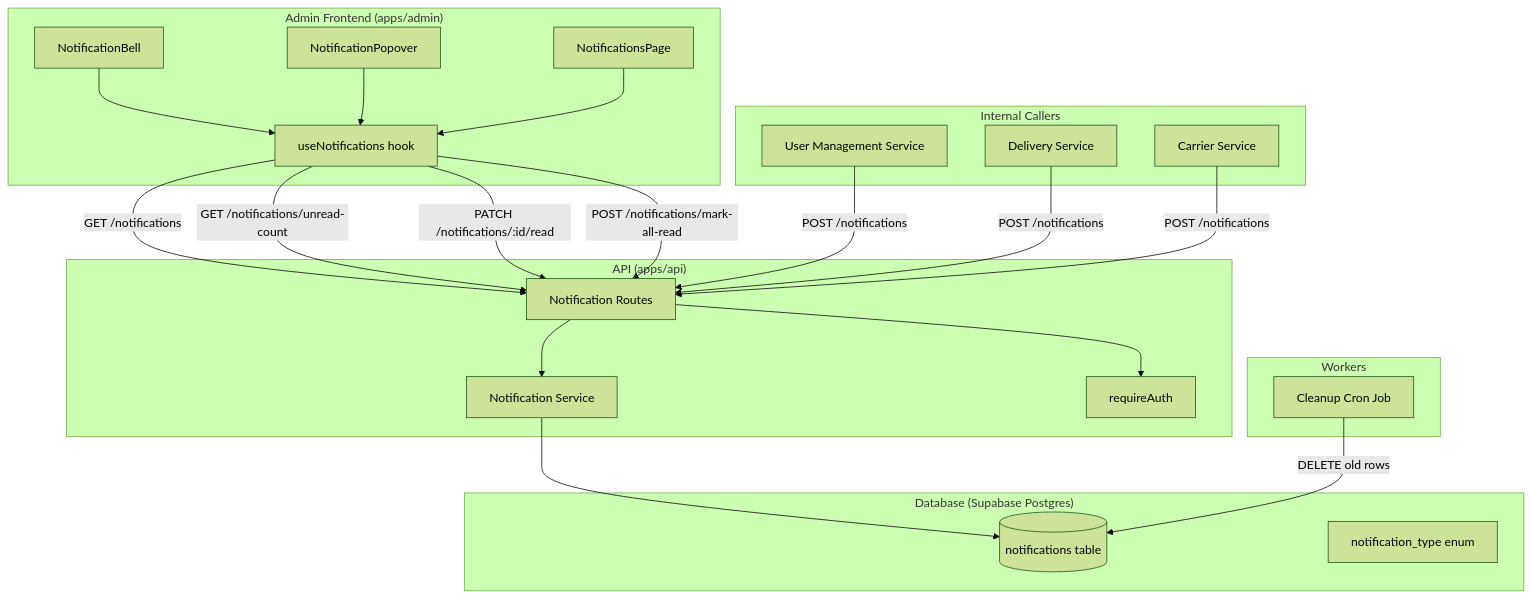
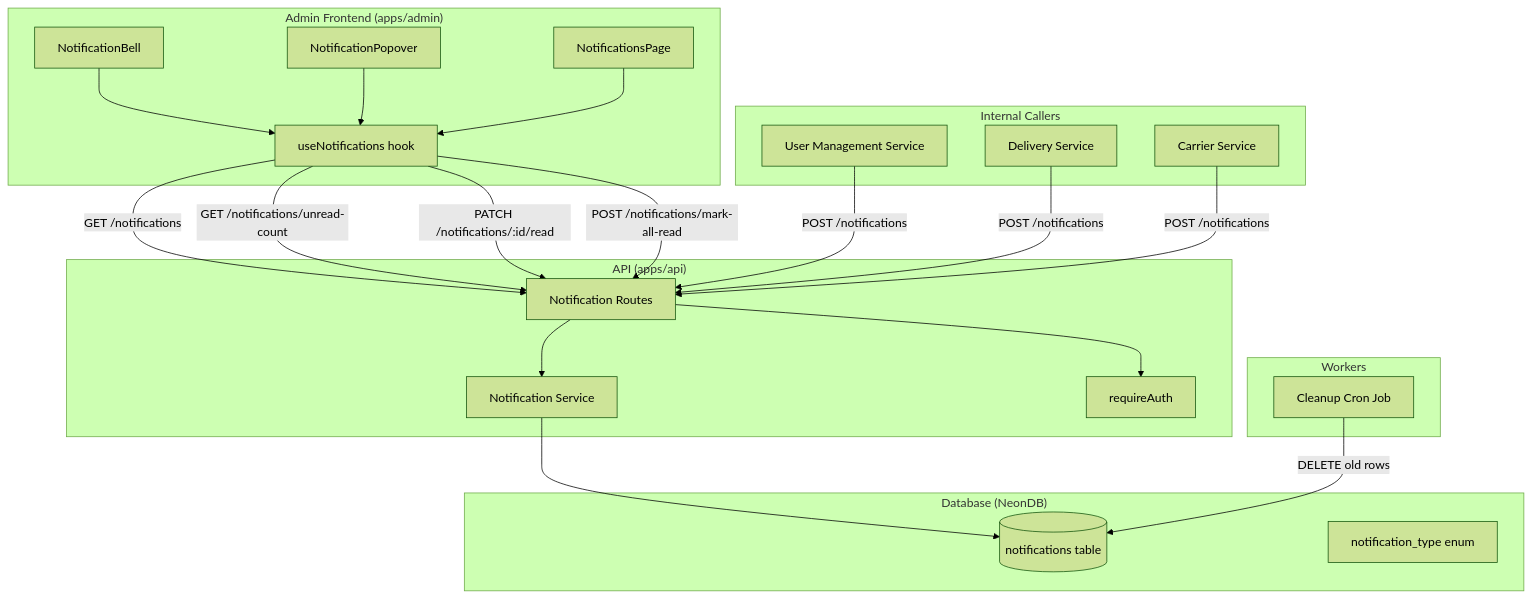
The first of 4 diagrams in .kiro/specs/admin-notifications/design.md (eteng/surewaka), drawn with Mermaid (forest theme) before and after one commit. The commit also changed other lines of this file and 69 other files, not shown here.

````diff
--- a/.kiro/specs/admin-notifications/design.md
+++ b/.kiro/specs/admin-notifications/design.md
@@ -23,45 +23,45 @@
 ```mermaid
 graph TB
     subgraph "Admin Frontend (apps/admin)"
         Bell[NotificationBell]
         Popover[NotificationPopover]
         Page[NotificationsPage]
         Hook[useNotifications hook]
         Bell --> Hook
         Popover --> Hook
         Page --> Hook
     end
 
     subgraph "API (apps/api)"
         Routes[Notification Routes]
         Service[Notification Service]
         Middleware[requireAuth]
         Routes --> Middleware
         Routes --> Service
     end
 
-    subgraph "Database (Supabase Postgres)"
+    subgraph "Database (NeonDB)"
         Table[(notifications table)]
         Enum[notification_type enum]
     end
 
     subgraph "Workers"
         Cron[Cleanup Cron Job]
     end
 
     subgraph "Internal Callers"
         UserMgmt[User Management Service]
         DeliveryService[Delivery Service]
         CarrierService[Carrier Service]
     end
 
     Hook -->|"GET /notifications"| Routes
     Hook -->|"GET /notifications/unread-count"| Routes
     Hook -->|"PATCH /notifications/:id/read"| Routes
     Hook -->|"POST /notifications/mark-all-read"| Routes
     Service --> Table
     Cron -->|"DELETE old rows"| Table
     UserMgmt -->|"POST /notifications"| Routes
     DeliveryService -->|"POST /notifications"| Routes
     CarrierService -->|"POST /notifications"| Routes
 ```
````
